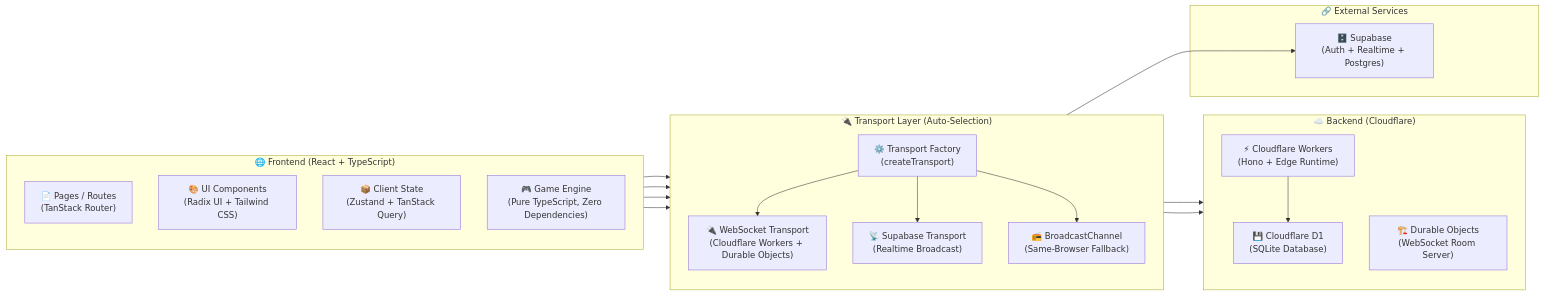
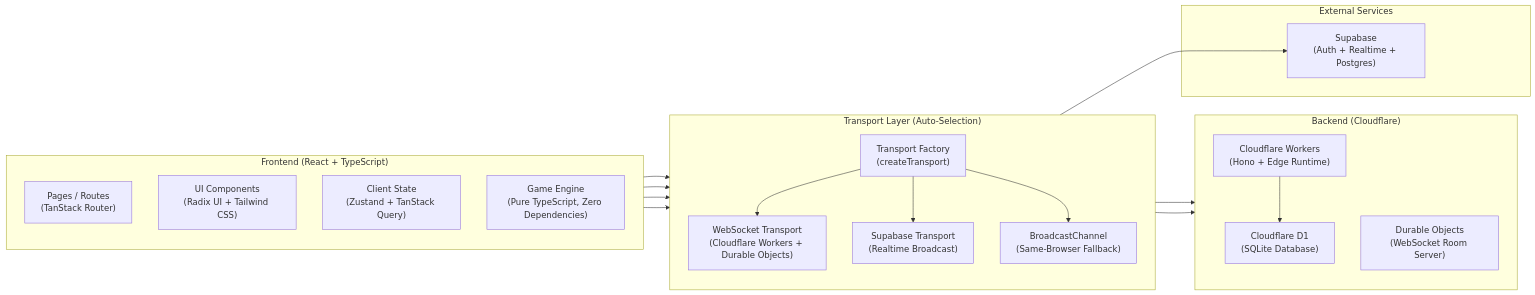
Before and after one commit to itzbyteglitch/WildCards: the diagram in README.md, drawn with Mermaid. The commit also changed other lines of this file, not shown here.

````diff
--- a/README.md
+++ b/README.md
@@ -93,41 +93,41 @@
 ```mermaid
 flowchart LR
-    subgraph Frontend["🌐 Frontend (React + TypeScript)"]
+    subgraph Frontend["Frontend (React + TypeScript)"]
         direction TB
-        Routes["📄 Pages / Routes<br/>(TanStack Router)"]
-        UIKit["🎨 UI Components<br/>(Radix UI + Tailwind CSS)"]
-        State["📦 Client State<br/>(Zustand + TanStack Query)"]
-        Engine["🎮 Game Engine<br/>(Pure TypeScript, Zero Dependencies)"]
+        Routes["Pages / Routes<br/>(TanStack Router)"]
+        UIKit["UI Components<br/>(Radix UI + Tailwind CSS)"]
+        State["Client State<br/>(Zustand + TanStack Query)"]
+        Engine["Game Engine<br/>(Pure TypeScript, Zero Dependencies)"]
     end
 
-    subgraph Transport["🔌 Transport Layer (Auto-Selection)"]
+    subgraph Transport["Transport Layer (Auto-Selection)"]
         direction TB
-        Factory["⚙️ Transport Factory<br/>(createTransport)"]
-        WS["🔌 WebSocket Transport<br/>(Cloudflare Workers + Durable Objects)"]
-        SupabaseTransport["📡 Supabase Transport<br/>(Realtime Broadcast)"]
-        Broadcast["📻 BroadcastChannel<br/>(Same-Browser Fallback)"]
+        Factory["Transport Factory<br/>(createTransport)"]
+        WS["WebSocket Transport<br/>(Cloudflare Workers + Durable Objects)"]
+        SupabaseTransport["Supabase Transport<br/>(Realtime Broadcast)"]
+        Broadcast["BroadcastChannel<br/>(Same-Browser Fallback)"]
     end
 
-    subgraph Backend["☁️ Backend (Cloudflare)"]
+    subgraph Backend["Backend (Cloudflare)"]
         direction TB
-        Workers["⚡ Cloudflare Workers<br/>(Hono + Edge Runtime)"]
-        DO["🏗️ Durable Objects<br/>(WebSocket Room Server)"]
-        D1["💾 Cloudflare D1<br/>(SQLite Database)"]
+        Workers["Cloudflare Workers<br/>(Hono + Edge Runtime)"]
+        DO["Durable Objects<br/>(WebSocket Room Server)"]
+        D1["Cloudflare D1<br/>(SQLite Database)"]
     end
 
-    subgraph External["🔗 External Services"]
-        Supabase["🗄️ Supabase<br/>(Auth + Realtime + Postgres)"]
+    subgraph External["External Services"]
+        Supabase["Supabase<br/>(Auth + Realtime + Postgres)"]
     end
 
     Routes --> Factory
     UIKit --> Factory
     State --> Factory
     Engine --> Factory
     Factory --> WS
     Factory --> SupabaseTransport
     Factory --> Broadcast
     WS --> Workers
     WS --> DO
     Workers --> D1
     SupabaseTransport --> Supabase
 ```
````
